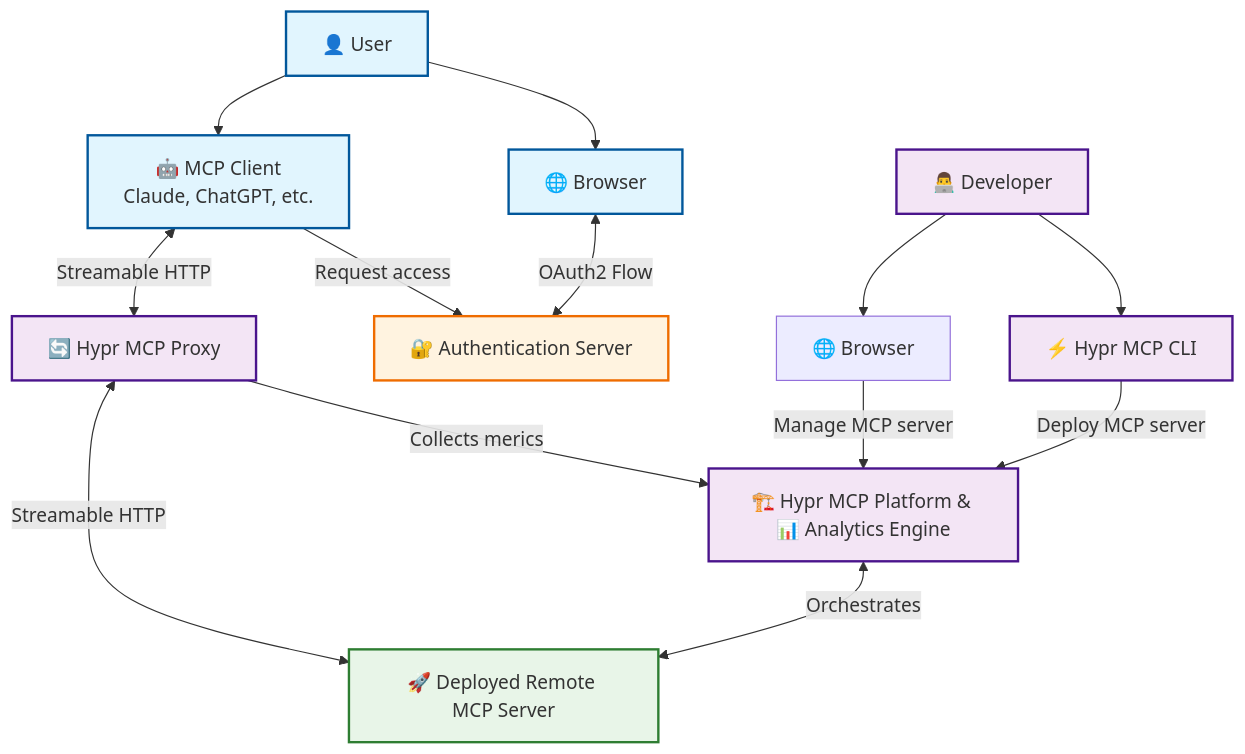
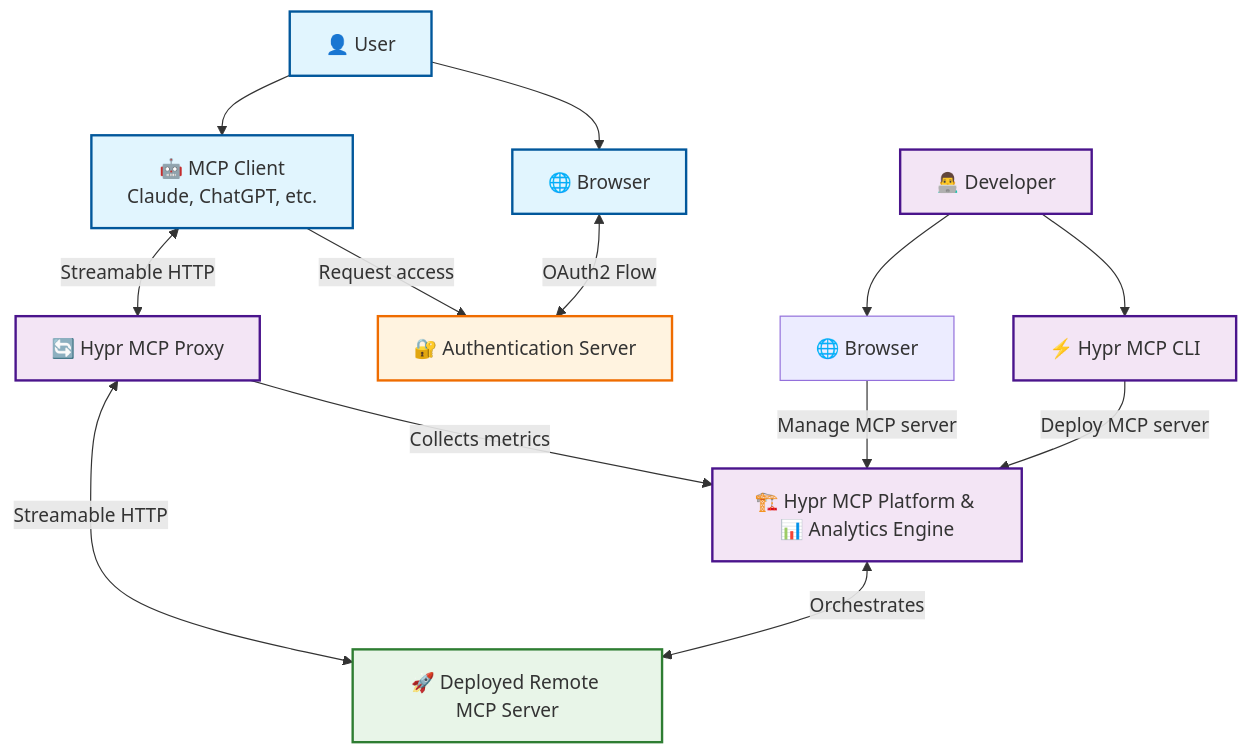
One commit to hyprmcp/website changed the diagram in src/content/docs/docs/getting-started/about.mdx. Above: the diagram before and after it, drawn with Mermaid. The commit also changed other lines of this file and 8 other files, not shown here.

````diff
--- a/src/content/docs/docs/getting-started/about.mdx
+++ b/src/content/docs/docs/getting-started/about.mdx
@@ -18,41 +18,41 @@
 ```mermaid
 graph TB
     %% User and Clients
     User[👤 User] --> UserBrowser[🌐 Browser]
     User --> MCPClient[🤖 MCP Client<br/>Claude, ChatGPT, etc.]
 
     %% Developer Tools
     Developer[👨‍💻 Developer] --> CLI[⚡ Hypr MCP CLI]
     Developer --> DeveloperBrowser[🌐 Browser]
 
     CLI --> |Deploy MCP server| Platform[🏗️ Hypr MCP Platform & 📊 Analytics Engine]
     DeveloperBrowser --> |Manage MCP server| Platform
 
 
     %% Core Platform Components
     UserBrowser <--> |OAuth2 Flow| AuthServer[🔐 Authentication Server]
-    Proxy[🔄 Hypr MCP Proxy] --> |Collects merics| Platform
+    Proxy[🔄 Hypr MCP Proxy] --> |Collects metrics| Platform
 
     %% MCP Server Infrastructure
     Proxy <--> |Streamable HTTP| MCPServer[🚀 Deployed Remote MCP Server]
 
     %% Authentication Flow
     MCPClient --> |Request access| AuthServer
 
     %% Request Flow
     MCPClient <--> |Streamable HTTP| Proxy
 
     %% MCP Deployment flow
     Platform <--> |Orchestrates| MCPServer
 
     %% Styling
     classDef user fill:#e1f5fe,stroke:#01579b,stroke-width:2px
     classDef platform fill:#f3e5f5,stroke:#4a148c,stroke-width:2px
     classDef server fill:#e8f5e8,stroke:#2e7d32,stroke-width:2px
     classDef auth fill:#fff3e0,stroke:#ef6c00,stroke-width:2px
 
     class User,UserBrowser,MCPClient user
     class Platform,CLI,Proxy,Developer platform
     class MCPServer server
     class AuthServer auth
 ```
````
